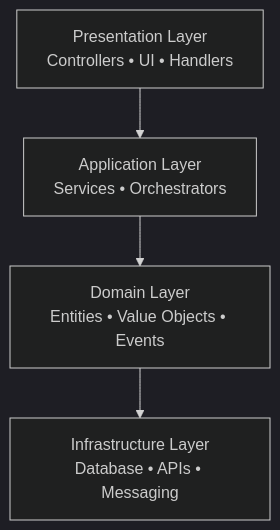
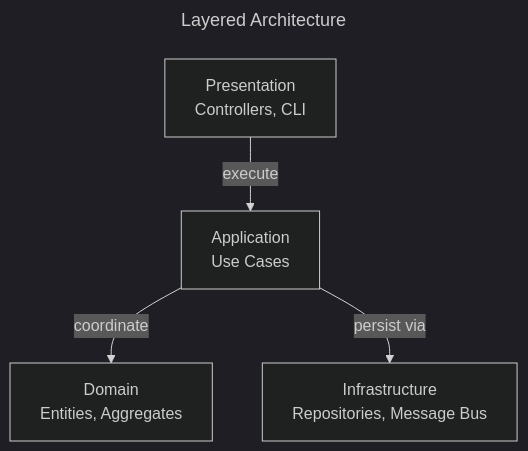
Before and after one commit to forging-blocks-org/forging-blocks: the diagram in docs/architectural-styles/layered-architecture.md, drawn with Mermaid (dark theme). The commit also changed other lines of this file and 15 other files, not shown here.

````diff
--- a/docs/architectural-styles/layered-architecture.md
+++ b/docs/architectural-styles/layered-architecture.md
@@ -11,7 +21,9 @@
 ```mermaid
-flowchart TB
-    PresentationLayer[Presentation Layer<br/>Controllers • UI • Handlers]
-        --> ApplicationLayer[Application Layer<br/>Services • Orchestrators]
-    ApplicationLayer --> DomainLayer[Domain Layer<br/>Entities • Value Objects • Events]
-    DomainLayer --> InfrastructureLayer[Infrastructure Layer<br/>Database • APIs • Messaging]
+---
+title: Layered Architecture
+---
+graph TD
+    Presentation[Presentation<br/>Controllers, CLI] -->|execute| Application[Application<br/>Use Cases]
+    Application -->|coordinate| Domain[Domain<br/>Entities, Aggregates]
+    Application -->|persist via| Infrastructure[Infrastructure<br/>Repositories, Message Bus]
 ```
````
